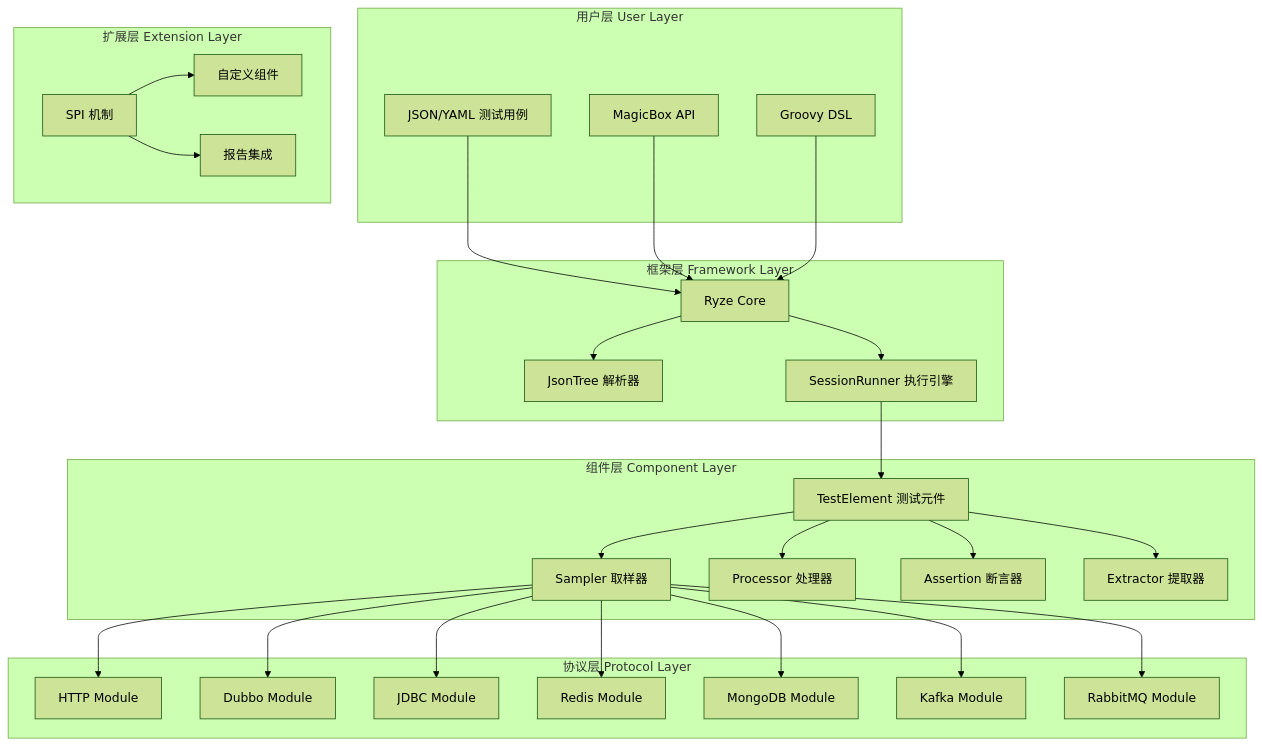
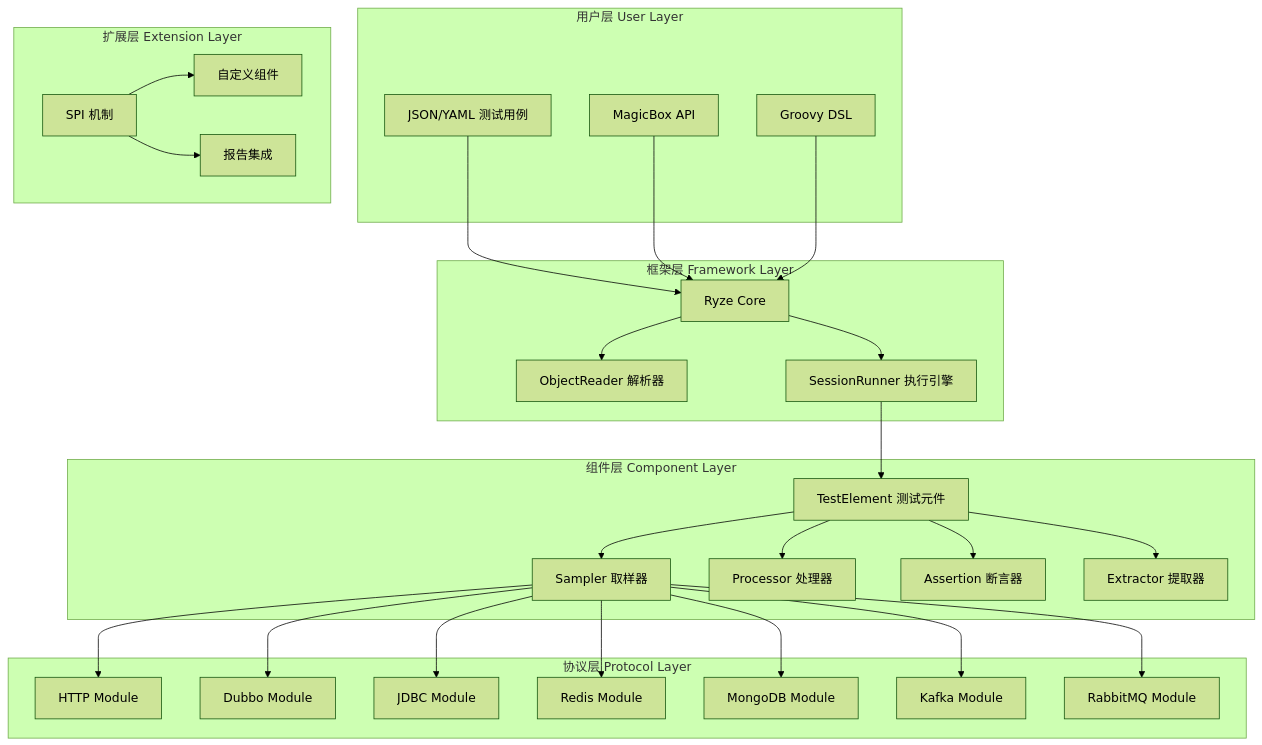
One commit to XiaoMiSum/ryze changed the first of 4 diagrams in docs/developer/architecture.md. Above: the diagram before and after it, drawn with Mermaid (forest theme). The commit also changed other lines of this file and 5 other files, not shown here.

````diff
--- a/docs/developer/architecture.md
+++ b/docs/developer/architecture.md
@@ -30,58 +30,58 @@
 ```mermaid
 graph TB
     subgraph "用户层 User Layer"
         A[JSON/YAML 测试用例]
         B[MagicBox API]
         C[Groovy DSL]
     end
     
     subgraph "框架层 Framework Layer"
         D[Ryze Core]
-        E[JsonTree 解析器]
+        E[ObjectReader 解析器]
         F[SessionRunner 执行引擎]
     end
     
     subgraph "组件层 Component Layer"
         G[TestElement 测试元件]
         H[Sampler 取样器]
         I[Processor 处理器]
         J[Assertion 断言器]
         K[Extractor 提取器]
     end
     
     subgraph "协议层 Protocol Layer"
         L[HTTP Module]
         M[Dubbo Module]
         N[JDBC Module]
         O[Redis Module]
         P[MongoDB Module]
         Q[Kafka Module]
         R[RabbitMQ Module]
     end
     
     subgraph "扩展层 Extension Layer"
         S[SPI 机制]
         T[自定义组件]
         U[报告集成]
     end
     
     A --> D
     B --> D
     C --> D
     D --> E
     D --> F
     F --> G
     G --> H
     G --> I
     G --> J
     G --> K
     H --> L
     H --> M
     H --> N
     H --> O
     H --> P
     H --> Q
     H --> R
     S --> T
     S --> U
 ```
````
